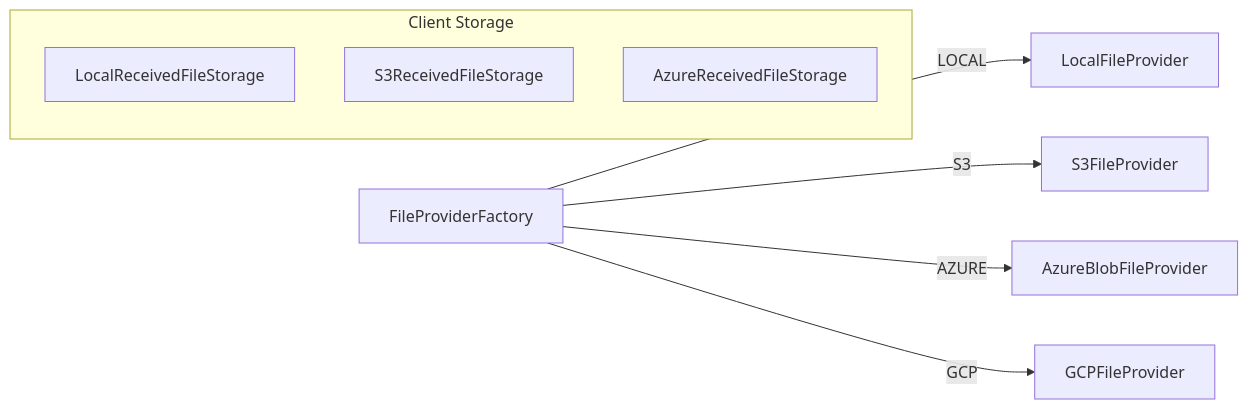
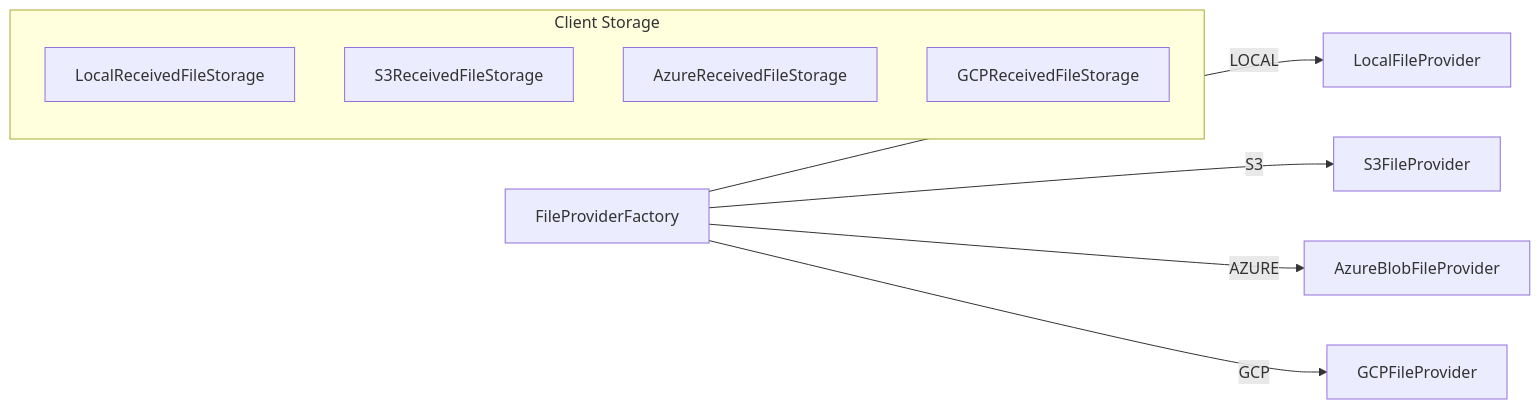
The fifth of 10 diagrams in docs/FILE_STREAMINING_README.md (National-Digital-Twin/federator), drawn with Mermaid before and after one commit. The commit also changed other lines of this file and 7 other files, not shown here.

````diff
--- a/docs/FILE_STREAMINING_README.md
+++ b/docs/FILE_STREAMINING_README.md
@@ -395,12 +422,13 @@
 ```mermaid
 flowchart LR
     FP[FileProviderFactory] -->|LOCAL| L[LocalFileProvider]
     FP -->|S3| S[S3FileProvider]
     FP -->|AZURE| A[AzureBlobFileProvider]
     FP -->|GCP| G[GCPFileProvider]
     subgraph Client Storage
       CS1[LocalReceivedFileStorage]
       CS2[S3ReceivedFileStorage]
       CS3[AzureReceivedFileStorage]
+      CS4[GCPReceivedFileStorage]
     end
 ```
````
